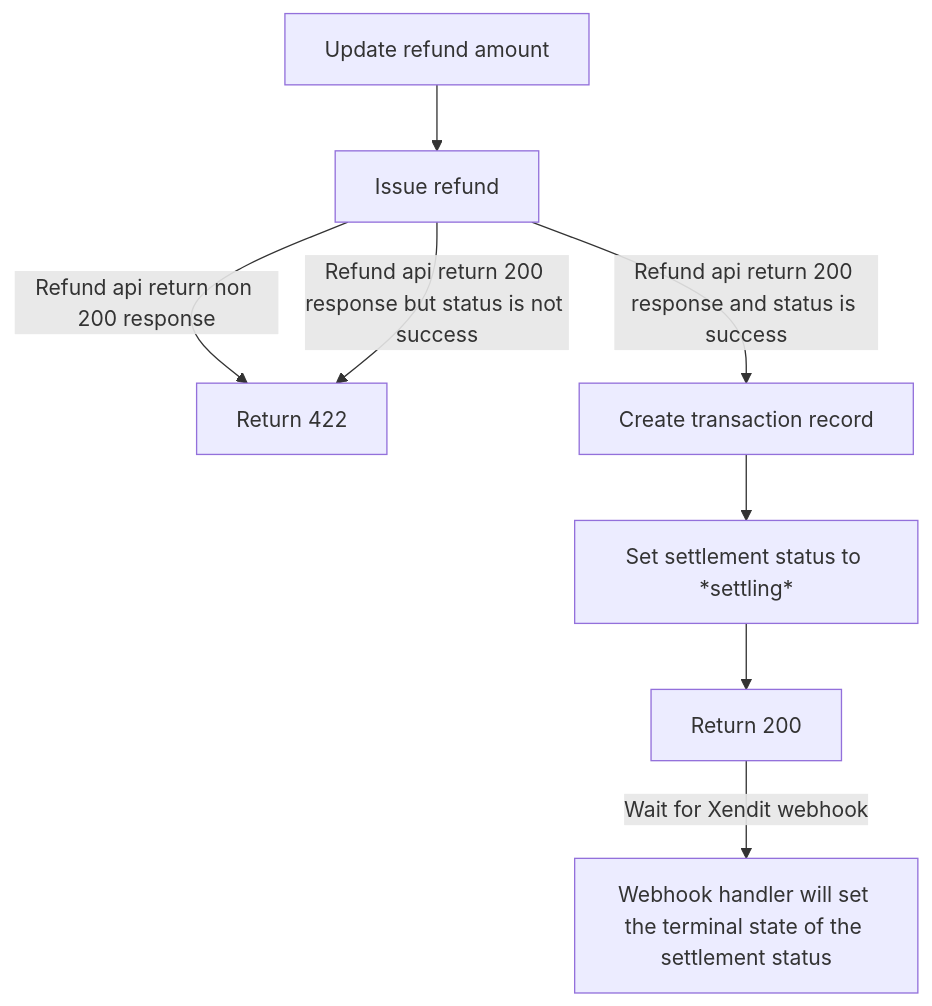
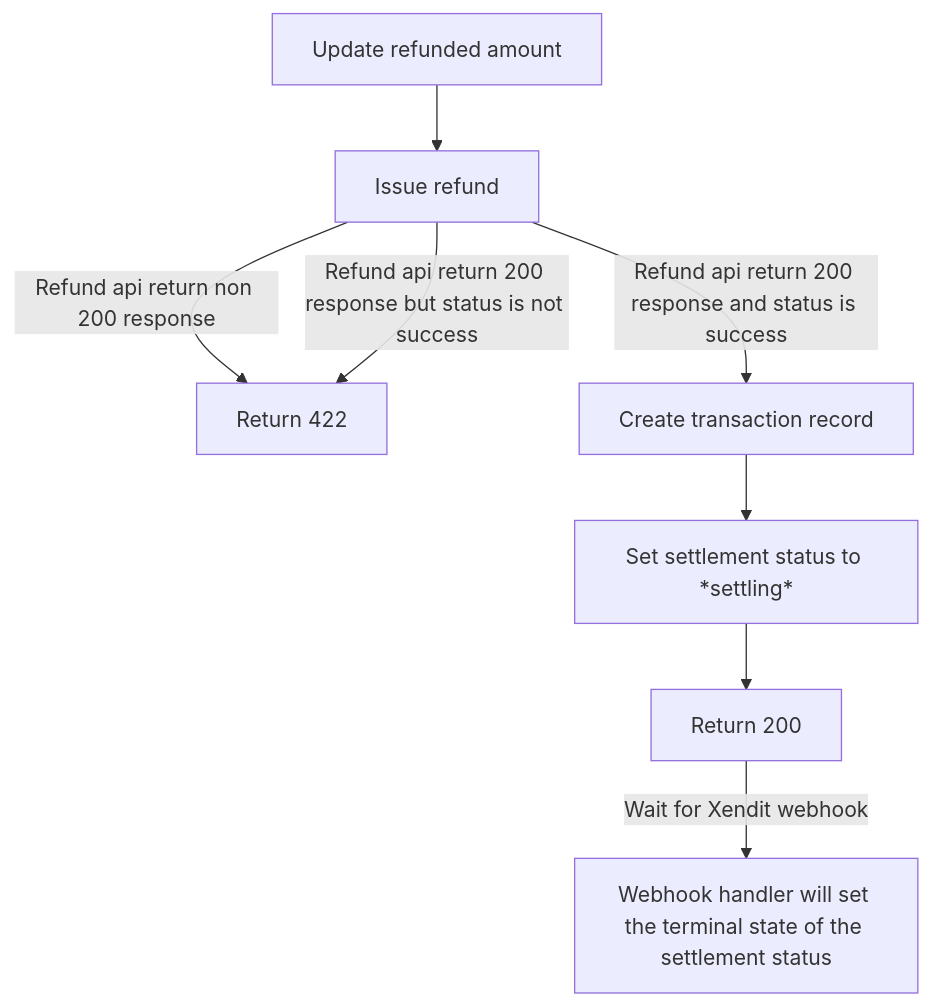
Before and after one commit to israelcoper/mermaid-diagram: the third of 4 diagrams in checkout-settlement-operation.md, drawn with Mermaid. The commit also changed other lines of this file, not shown here.

Commit message:
Calculate refund amount should be the first operation

````diff
--- a/checkout-settlement-operation.md
+++ b/checkout-settlement-operation.md
@@ -31,13 +31,13 @@
 ```mermaid
 ---
 title:
 ---
 flowchart TB;
-    A[Update refund amount]-->B[Issue refund];
+    A[Update refunded amount]-->B[Issue refund];
     B-- Refund api return non 200 response -->C[Return 422]; 
     B-- Refund api return 200 response but status is not success -->C;
     B-- Refund api return 200 response and status is success -->D[Create transaction record];
     D-->E["Set settlement status to *settling*"];
     E-->F[Return 200];
     F-- Wait for Xendit webhook -->G[Webhook handler will set the terminal state of the settlement status];
 ```
````
